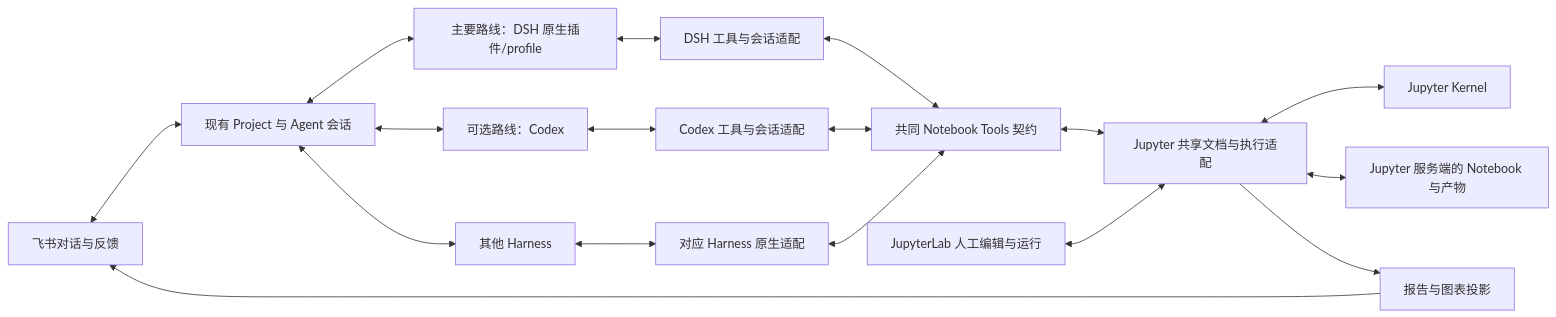
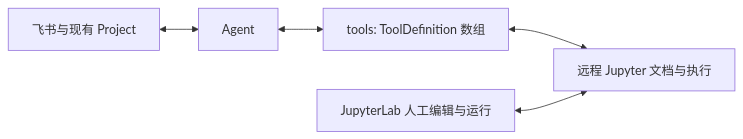
The diagram in docs/designs/jupyter-harness.md (hs3180/disclaude), drawn with Mermaid before and after one commit. The commit also changed other lines of this file and 35 other files, not shown here.

Commit message:
refactor(sdk): reduce business tools to one definition

````diff
--- a/docs/designs/jupyter-harness.md
+++ b/docs/designs/jupyter-harness.md
@@ -29,19 +13,7 @@
 ```mermaid
 flowchart LR
-  F[飞书对话与反馈] <--> P[现有 Project 与 Agent 会话]
-  P <--> D[主要路线：DSH 原生插件/profile]
-  P <--> C[可选路线：Codex]
-  P <--> O[其他 Harness]
-  D <--> DA[DSH 工具与会话适配]
-  C <--> CA[Codex 工具与会话适配]
-  O <--> OA[对应 Harness 原生适配]
-  DA <--> T[共同 Notebook Tools 契约]
-  CA <--> T
-  OA <--> T
-  T <--> J[Jupyter 共享文档与执行适配]
+  F[飞书与现有 Project] <--> A[Agent]
+  A <--> T[tools: ToolDefinition 数组]
+  T <--> J[远程 Jupyter 文档与执行]
   H[JupyterLab 人工编辑与运行] <--> J
-  J <--> K[Jupyter Kernel]
-  J <--> N[Jupyter 服务端的 Notebook 与产物]
-  J --> V[报告与图表投影]
-  V --> F
 ```
````
